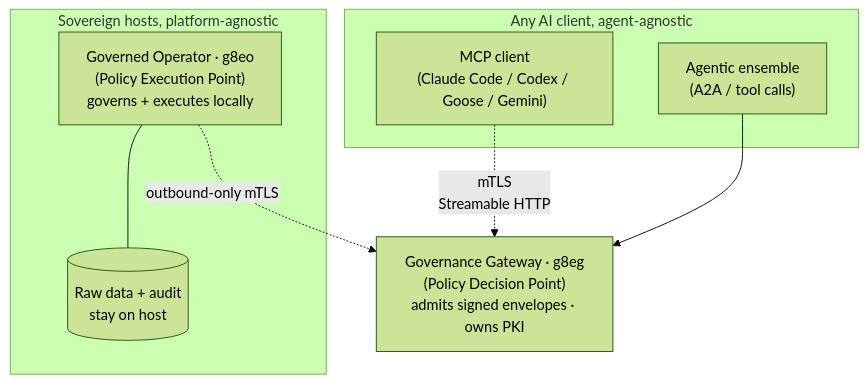
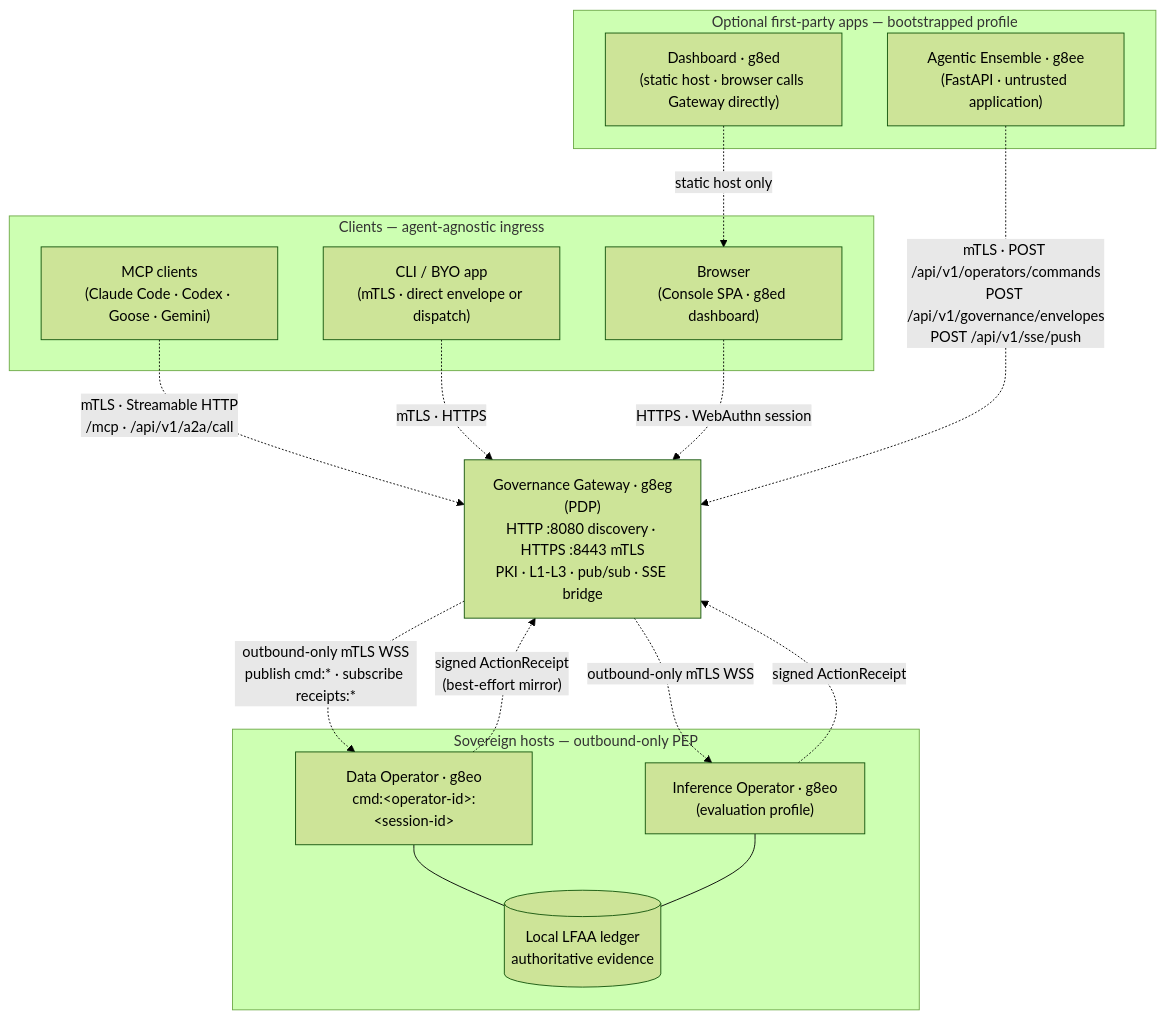
One commit to g8e-ai/g8e changed the diagram in docs/diagrams/graph-gateway-fleet-single-host-http-mtls.md. Above: the diagram before and after it, drawn with Mermaid (forest theme). The commit also changed other lines of this file and 1307 other files, not shown here.

````diff
--- a/docs/diagrams/graph-gateway-fleet-single-host-http-mtls.md
+++ b/docs/diagrams/graph-gateway-fleet-single-host-http-mtls.md
@@ -5,19 +5,35 @@
 ```mermaid
 graph TD
-    subgraph Clients ["Any AI client, agent-agnostic"]
-        C1["MCP client<br/>(Claude Code / Codex / Goose / Gemini)"]
-        C2["Agentic ensemble<br/>(A2A / tool calls)"]
+    subgraph Clients ["Clients — agent-agnostic ingress"]
+        MCP["MCP clients<br/>(Claude Code · Codex · Goose · Gemini)"]
+        CLI["CLI / BYO app<br/>(mTLS · direct envelope or dispatch)"]
+        Browser["Browser<br/>(Console SPA · g8ed dashboard)"]
     end
 
-    GW["Governance Gateway · g8eg<br/>(Policy Decision Point)<br/>admits signed envelopes · owns PKI"]
-
-    subgraph Fleet ["Sovereign hosts, platform-agnostic"]
-        O1["Governed Operator · g8eo<br/>(Policy Execution Point)<br/>governs + executes locally"]
-        D1[("Raw data + audit<br/>stay on host")]
-        O1 --- D1
+    subgraph Apps ["Optional first-party apps — bootstrapped profile"]
+        EE["Agentic Ensemble · g8ee<br/>(FastAPI · untrusted application)"]
+        ED["Dashboard · g8ed<br/>(static host · browser calls Gateway directly)"]
     end
 
-    C1 -. "mTLS<br/>Streamable HTTP" .-> GW
-    C2 --> GW
-    O1 -. "outbound-only mTLS" .-> GW
+    GW["Governance Gateway · g8eg<br/>(PDP)<br/>HTTP :8080 discovery · HTTPS :8443 mTLS<br/>PKI · L1-L3 · pub/sub · SSE bridge"]
+
+    subgraph Fleet ["Sovereign hosts — outbound-only PEP"]
+        O1["Data Operator · g8eo<br/>cmd:&lt;operator-id&gt;:&lt;session-id&gt;"]
+        O2["Inference Operator · g8eo<br/>(evaluation profile)"]
+        D1[("Local LFAA ledger<br/>authoritative evidence")]
+        O1 --- D1
+        O2 --- D1
+    end
+
+    MCP -. "mTLS · Streamable HTTP<br/>/mcp · /api/v1/a2a/call" .-> GW
+    CLI -. "mTLS · HTTPS" .-> GW
+    Browser -. "HTTPS · WebAuthn session" .-> GW
+    ED -. "static host only" .-> Browser
+
+    EE -. "mTLS · POST /api/v1/operators/commands<br/>POST /api/v1/governance/envelopes<br/>POST /api/v1/sse/push" .-> GW
+
+    GW -. "outbound-only mTLS WSS<br/>publish cmd:* · subscribe receipts:*" .-> O1
+    GW -. "outbound-only mTLS WSS" .-> O2
+    O1 -. "signed ActionReceipt<br/>(best-effort mirror)" .-> GW
+    O2 -. "signed ActionReceipt" .-> GW
 ```
````
